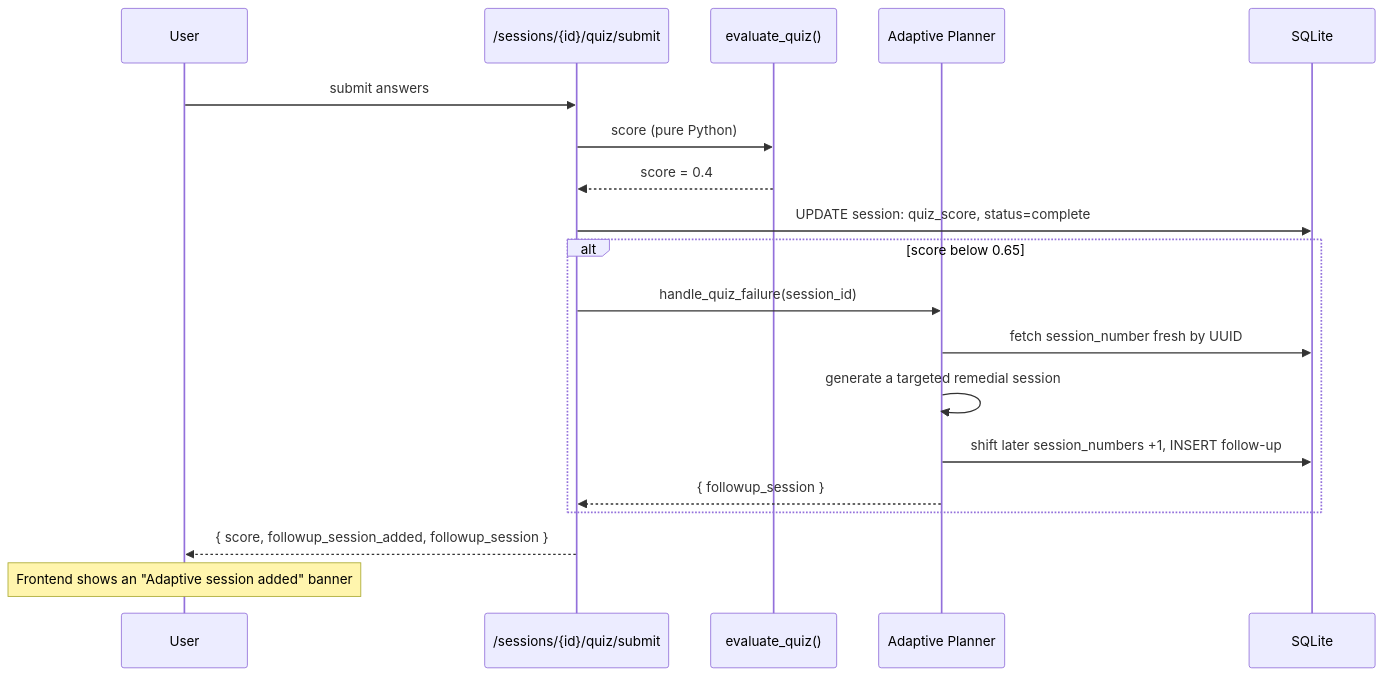
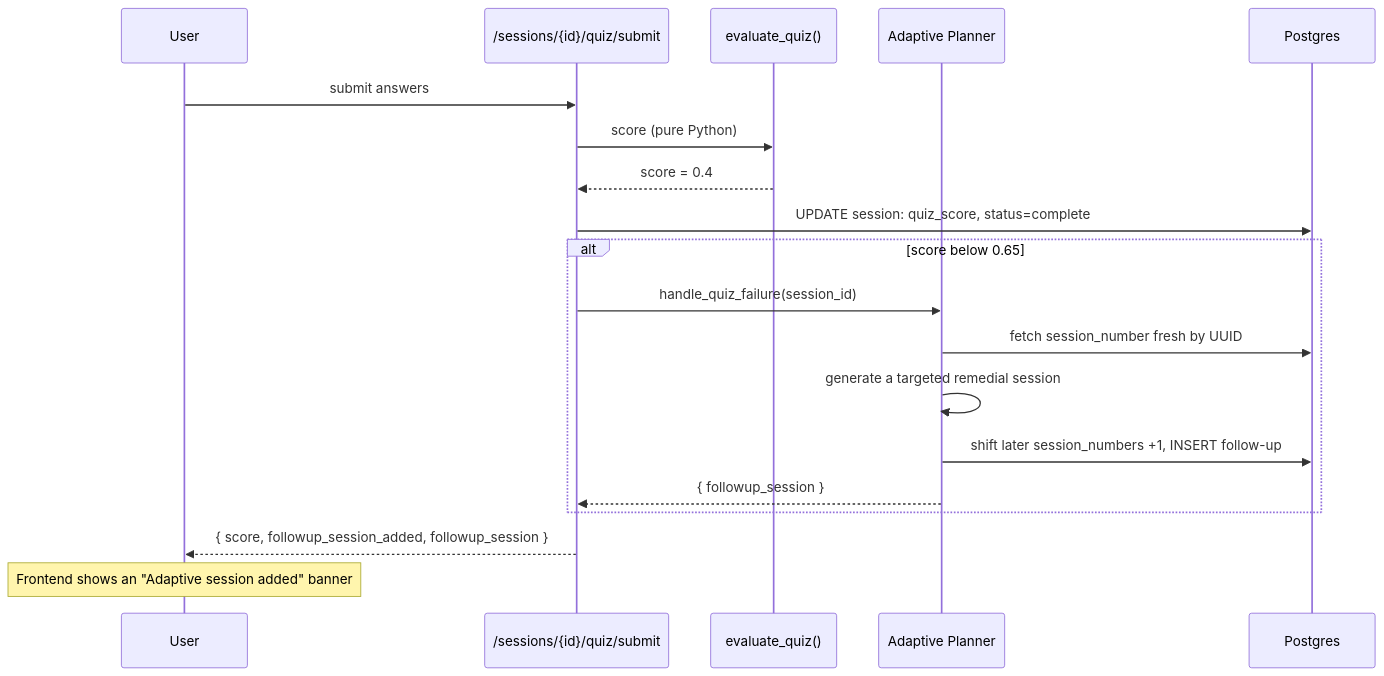
The fourth of 6 diagrams in docs/flows.md (Hafiz408/scholar), drawn with Mermaid before and after one commit. The commit also changed other lines of this file and 12 other files, not shown here.

````diff
--- a/docs/flows.md
+++ b/docs/flows.md
@@ -140,22 +139,22 @@
 ```mermaid
 sequenceDiagram
     participant U as User
     participant API as /sessions/{id}/quiz/submit
     participant EV as evaluate_quiz()
     participant AD as Adaptive Planner
-    participant DB as SQLite
+    participant DB as Postgres
 
     U->>API: submit answers
     API->>EV: score (pure Python)
     EV-->>API: score = 0.4
     API->>DB: UPDATE session: quiz_score, status=complete
     alt score below 0.65
         API->>AD: handle_quiz_failure(session_id)
         AD->>DB: fetch session_number fresh by UUID
         AD->>AD: generate a targeted remedial session
         AD->>DB: shift later session_numbers +1, INSERT follow-up
         AD-->>API: { followup_session }
     end
     API-->>U: { score, followup_session_added, followup_session }
     Note over U: Frontend shows an "Adaptive session added" banner
 ```
````
